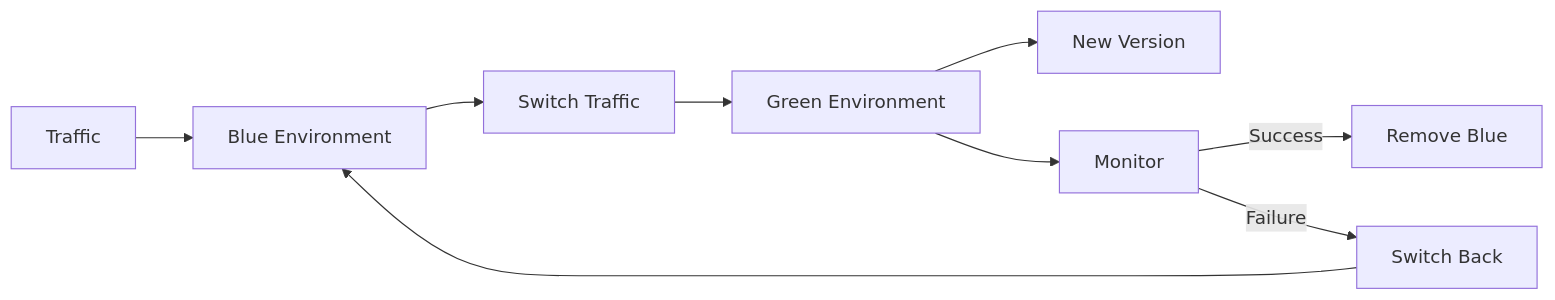
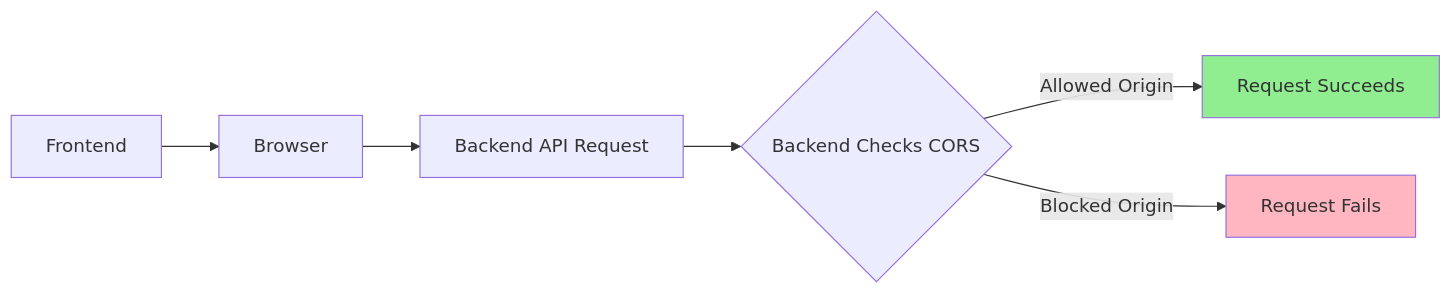
One commit to 4gh0rn/dev-blog changed the seventh of 9 diagrams in docs/projects/conduit-container.md. Above: the diagram before and after it, drawn with Mermaid. The commit also changed other lines of this file and 17 other files, not shown here.

````diff
--- a/docs/projects/conduit-container.md
+++ b/docs/projects/conduit-container.md
@@ -174,11 +210,11 @@
 ```mermaid
 graph LR
-    A[Traffic] --> B[Blue Environment]
-    C[Green Environment] --> D[New Version]
-    B --> E[Switch Traffic]
-    E --> C
-    C --> F[Monitor]
-    F -->|Success| G[Remove Blue]
-    F -->|Failure| H[Switch Back]
-    H --> B
+    A[Frontend] --> B[Browser]
+    B --> C[Backend API Request]
+    C --> D{Backend Checks CORS}
+    D -->|Allowed Origin| E[Request Succeeds]
+    D -->|Blocked Origin| F[Request Fails]
+    
+    style E fill:#90EE90
+    style F fill:#FFB6C1
 ```
````
